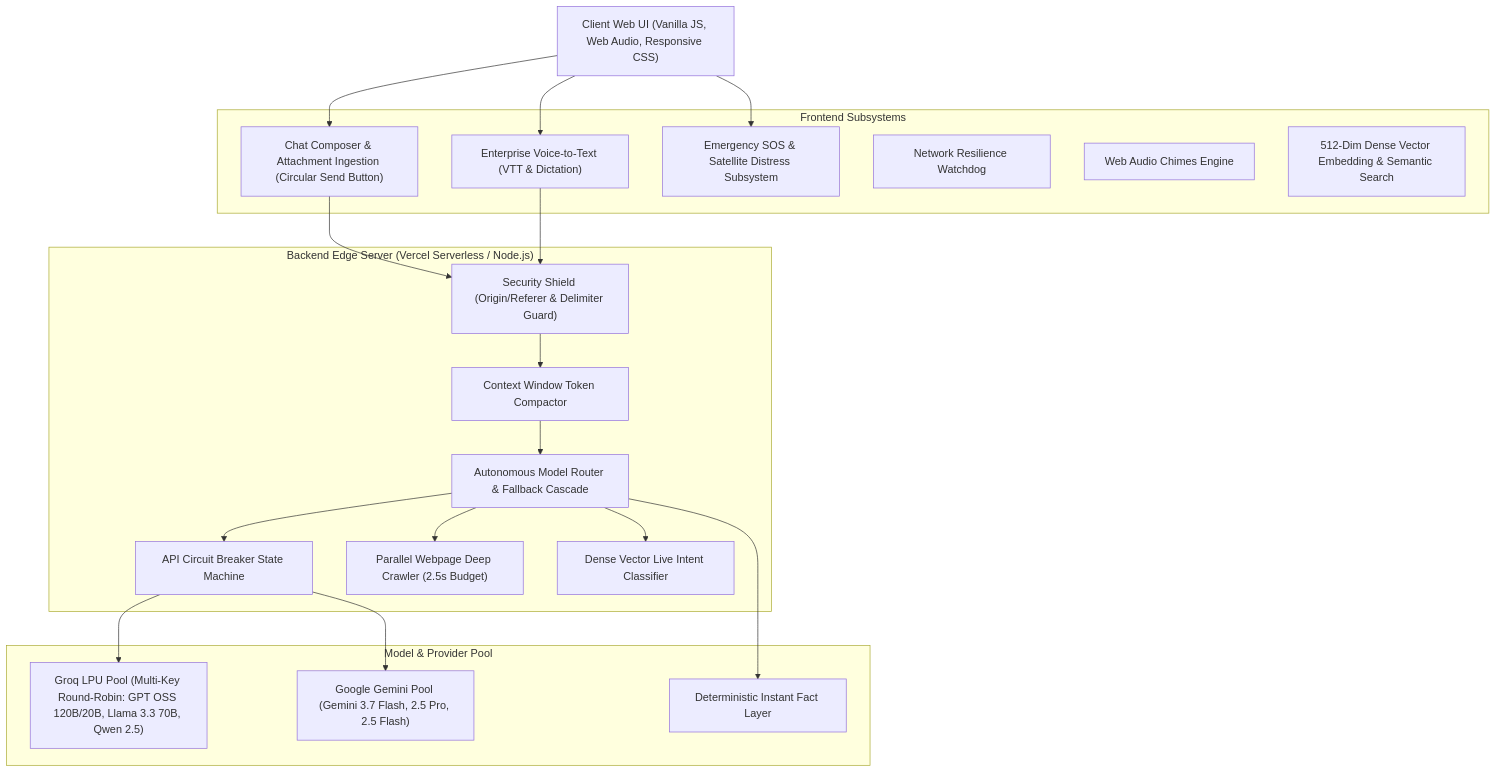
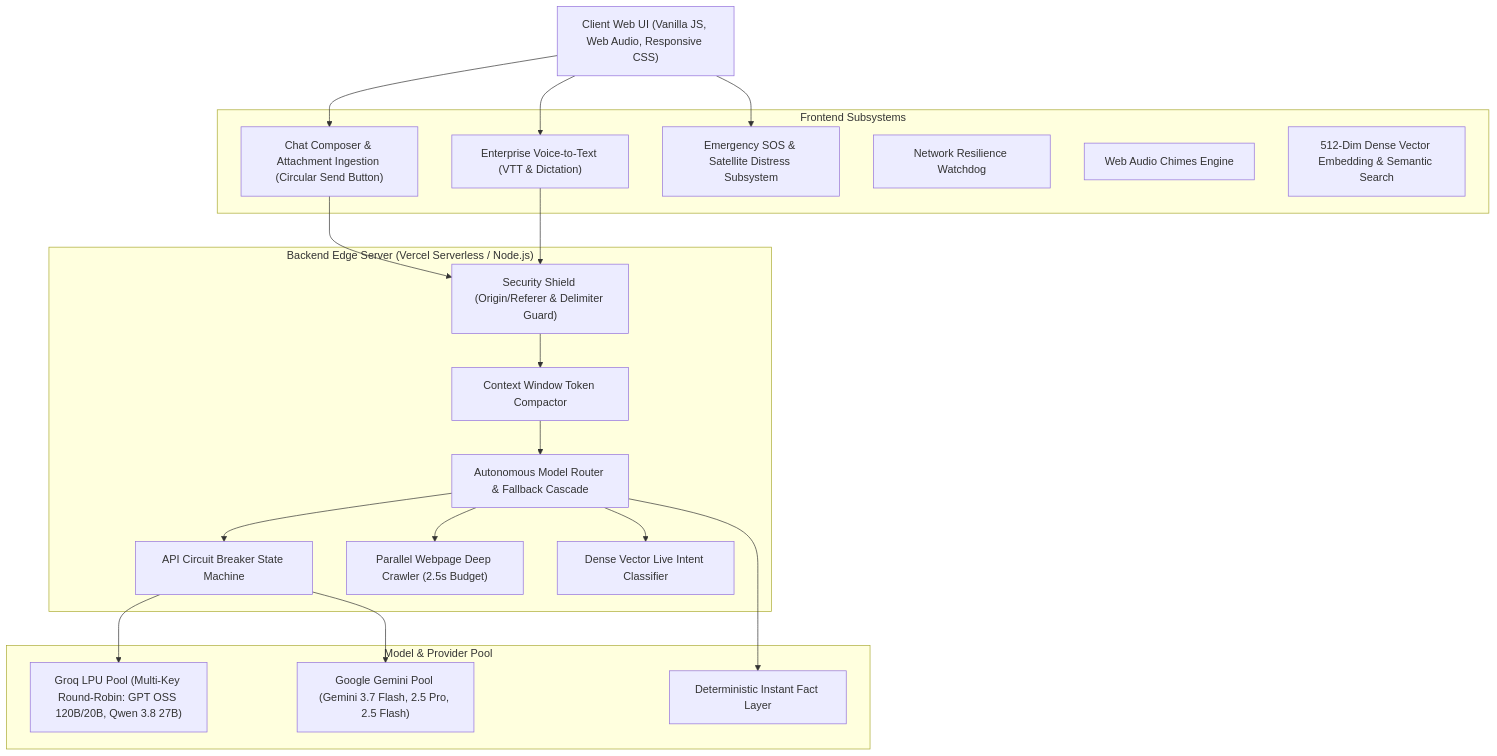
One commit to PrithvirajuVenkataraman/JARVIS changed the first of 6 diagrams in SYSTEM_DESIGN.md. Above: the diagram before and after it, drawn with Mermaid. The commit also changed other lines of this file, not shown here.

````diff
--- a/SYSTEM_DESIGN.md
+++ b/SYSTEM_DESIGN.md
@@ -9,42 +9,42 @@
 ```mermaid
 graph TD
     Client["Client Web UI (Vanilla JS, Web Audio, Responsive CSS)"]
     
     subgraph Frontend["Frontend Subsystems"]
         ChatComposer["Chat Composer & Attachment Ingestion (Circular Send Button)"]
         VTTController["Enterprise Voice-to-Text (VTT & Dictation)"]
         EmergencySosSubsystem["Emergency SOS & Satellite Distress Subsystem"]
         OfflineWatchdog["Network Resilience Watchdog"]
         AudioHaptics["Web Audio Chimes Engine"]
         VectorEngine["512-Dim Dense Vector Embedding & Semantic Search"]
     end
 
     subgraph Backend["Backend Edge Server (Vercel Serverless / Node.js)"]
         SecurityShield["Security Shield (Origin/Referer & Delimiter Guard)"]
         ContextCompactor["Context Window Token Compactor"]
         IntentRouter["Autonomous Model Router & Fallback Cascade"]
         CircuitBreaker["API Circuit Breaker State Machine"]
         DeepCrawler["Parallel Webpage Deep Crawler (2.5s Budget)"]
         LiveClassifier["Dense Vector Live Intent Classifier"]
     end
 
     subgraph Models["Model & Provider Pool"]
-        GroqPool["Groq LPU Pool (Multi-Key Round-Robin: GPT OSS 120B/20B, Llama 3.3 70B, Qwen 2.5)"]
+        GroqPool["Groq LPU Pool (Multi-Key Round-Robin: GPT OSS 120B/20B, Qwen 3.8 27B)"]
         GeminiPool["Google Gemini Pool (Gemini 3.7 Flash, 2.5 Pro, 2.5 Flash)"]
         DeterministicFacts["Deterministic Instant Fact Layer"]
     end
 
     Client --> ChatComposer
     Client --> VTTController
     Client --> EmergencySosSubsystem
     ChatComposer --> SecurityShield
     VTTController --> SecurityShield
     SecurityShield --> ContextCompactor
     ContextCompactor --> IntentRouter
     IntentRouter --> CircuitBreaker
     IntentRouter --> DeepCrawler
     IntentRouter --> LiveClassifier
     CircuitBreaker --> GroqPool
     CircuitBreaker --> GeminiPool
     IntentRouter --> DeterministicFacts
 ```
````
